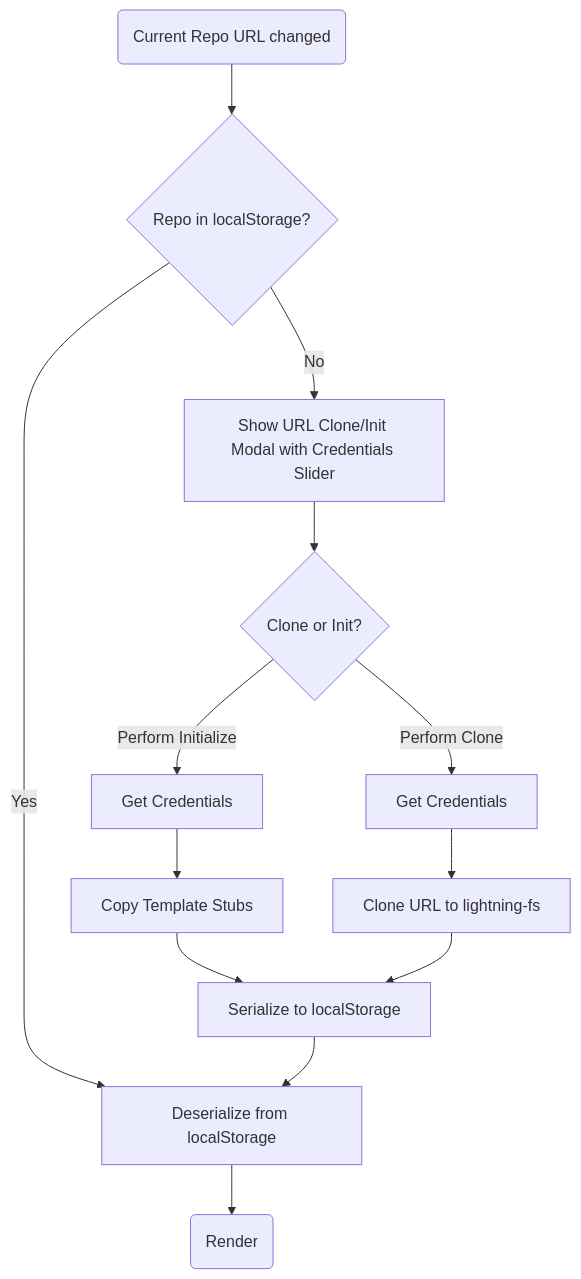
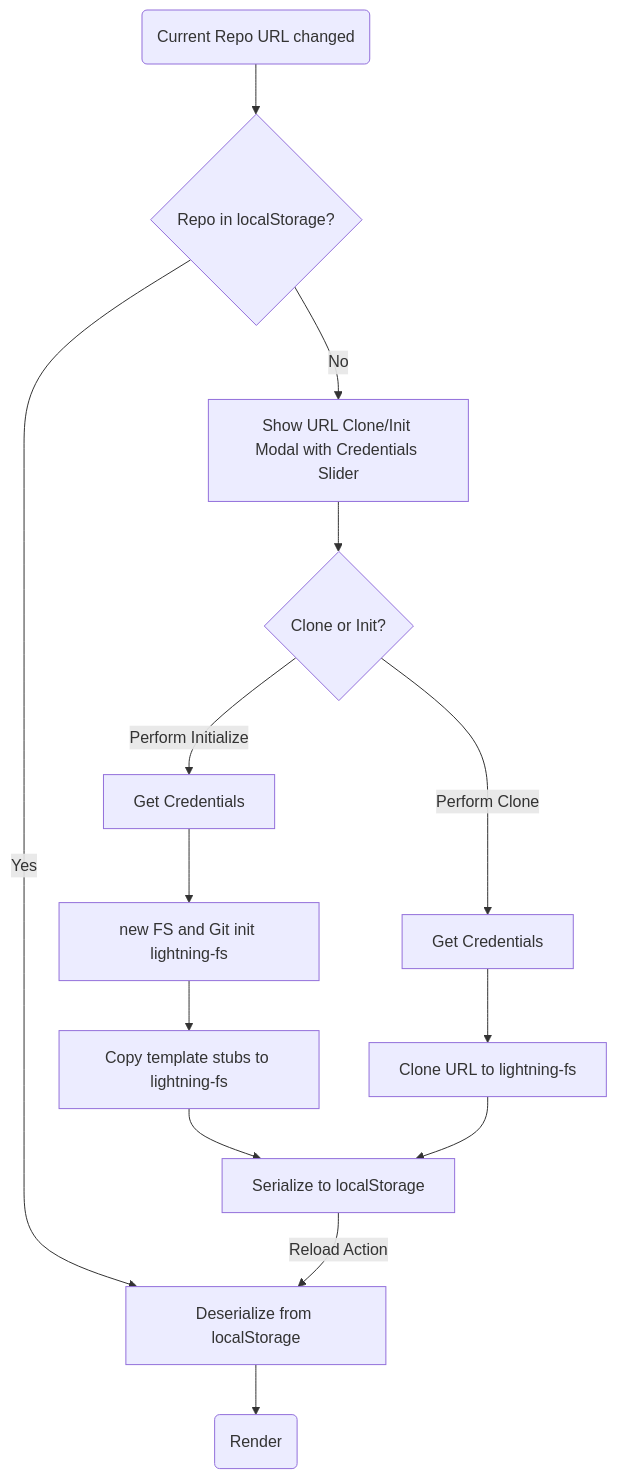
Before and after one commit to sengac/gitfeatures-spec: the diagram in t4rD77Dy-co_tSRwiscVs.md, drawn with Mermaid.

Commit message:
more fixes

````diff
--- a/t4rD77Dy-co_tSRwiscVs.md
+++ b/t4rD77Dy-co_tSRwiscVs.md
@@ -10,15 +10,16 @@
 ```mermaid
 graph TD
     A(Current Repo URL changed) --> B{Repo in localStorage?}
     B -->|Yes| deserialize[Deserialize from localStorage]
     deserialize --> render(Render)
     B -->|No| E[Show Init/Clone Modal]
     E[Show URL Clone/Init Modal with Credentials Slider] --> F{Clone or Init?}
     F -->|Perform Clone| G[Get Credentials]
     F -->|Perform Initialize| H[Get Credentials]
-    H --> copy-stub[Copy Template Stubs]
+    H --> git-init[new FS and Git init lightning-fs]
+    git-init --> copy-stub[Copy template stubs to lightning-fs]
     copy-stub --> serialize[Serialize to localStorage]
     G --> I[Clone URL to lightning-fs]
     I --> serialize
-    serialize --> deserialize
+    serialize --> |Reload Action| deserialize
 ```
````
